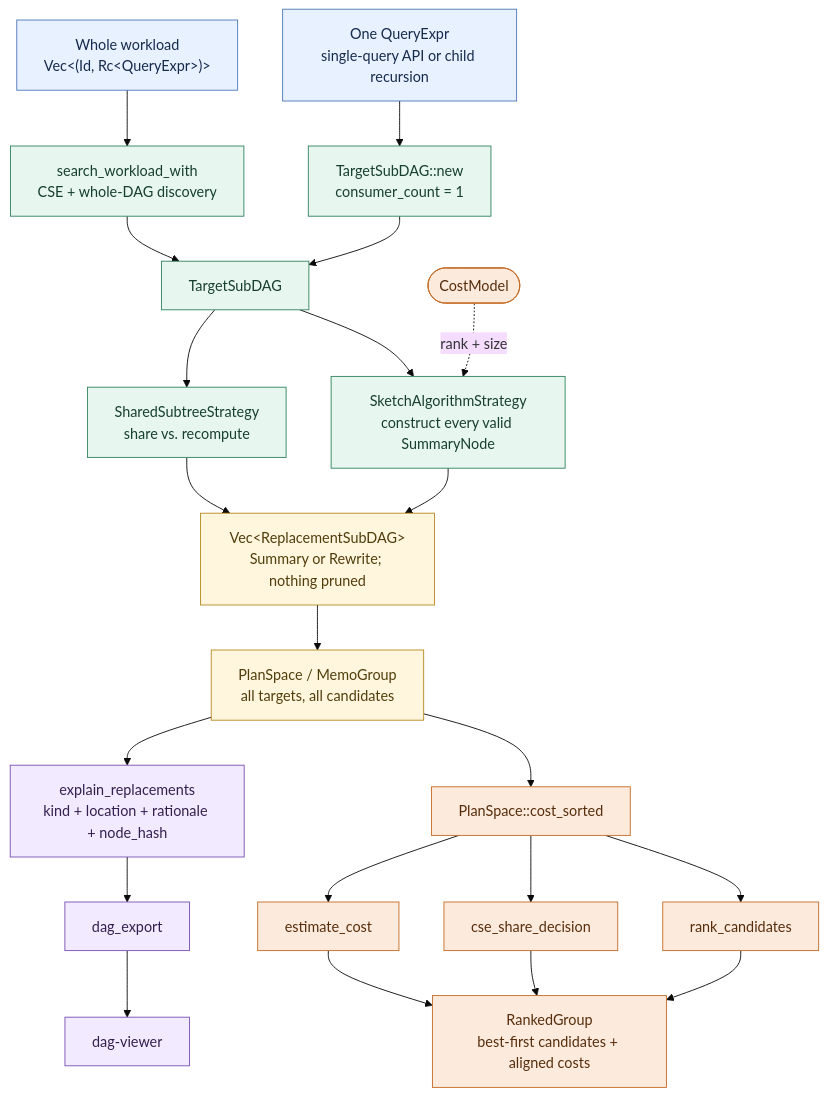
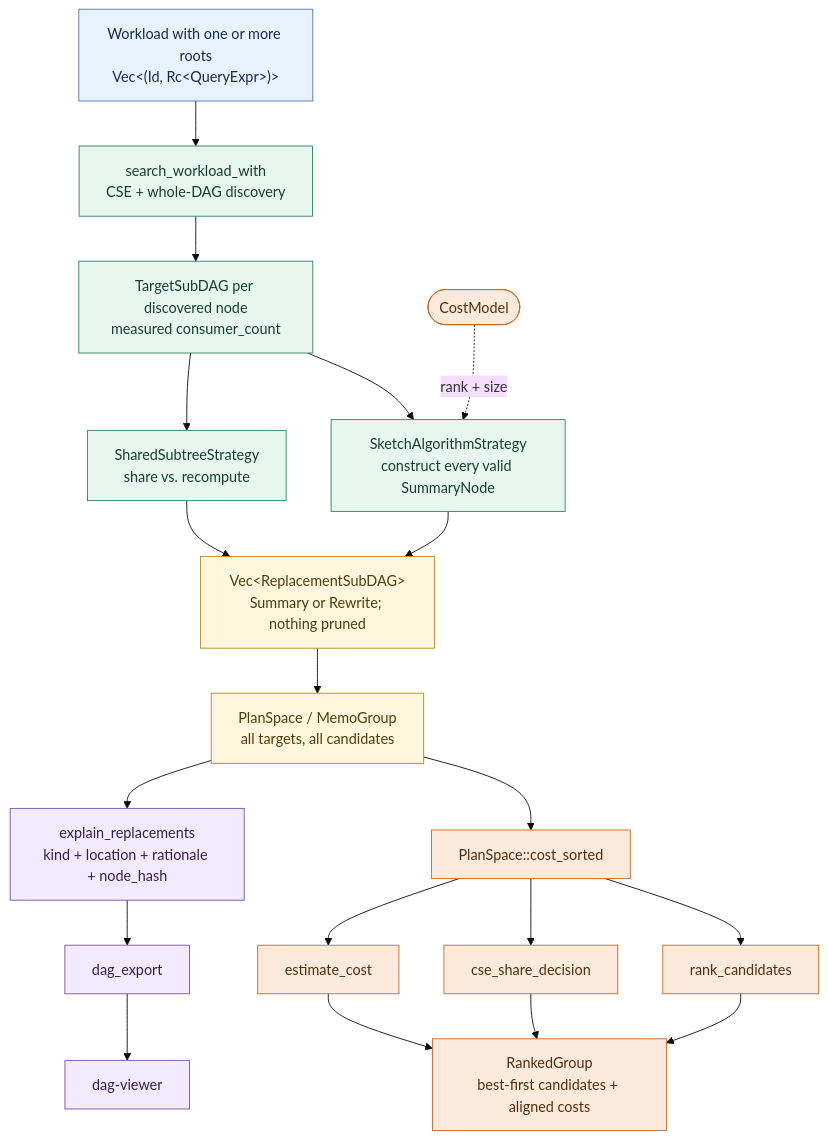
One commit to ProjectASAP/ASAPPlanner changed the first of 6 diagrams in docs/developer_docs/ASAP-aware-mapping-developer-guide.md. Above: the diagram before and after it, drawn with Mermaid (base theme). The commit also changed other lines of this file and 1 other file, not shown here.

Commit message:
docs(asap-aware-mapping): clarify TargetSubDAG discovery

````diff
--- a/docs/developer_docs/ASAP-aware-mapping-developer-guide.md
+++ b/docs/developer_docs/ASAP-aware-mapping-developer-guide.md
@@ -48,34 +48,31 @@
 ```mermaid
 flowchart TB
   classDef input fill:#e8f1ff,stroke:#4b78b8,color:#172b4d
   classDef generate fill:#e7f7ef,stroke:#31835e,color:#173f2d
   classDef store fill:#fff6dd,stroke:#b78922,color:#513d0c
   classDef choose fill:#fcebdc,stroke:#c46a25,color:#572d0c
   classDef report fill:#f2eafe,stroke:#7950b3,color:#34204f
 
-  SQ["One QueryExpr<br/>single-query API or child recursion"]:::input
-  WL["Whole workload<br/>Vec&lt;(Id, Rc&lt;QueryExpr&gt;)&gt;"]:::input
-  SQ --> NEW["TargetSubDAG::new<br/>consumer_count = 1"]:::generate
+  WL["Workload with one or more roots<br/>Vec&lt;(Id, Rc&lt;QueryExpr&gt;)&gt;"]:::input
   WL --> SEARCH["search_workload_with<br/>CSE + whole-DAG discovery"]:::generate
-  NEW --> TARGET[TargetSubDAG]:::generate
-  SEARCH --> TARGET
+  SEARCH --> TARGET["TargetSubDAG per discovered node<br/>measured consumer_count"]:::generate
 
   TARGET --> SKETCH["SketchAlgorithmStrategy<br/>construct every valid SummaryNode"]:::generate
   TARGET --> SHARED["SharedSubtreeStrategy<br/>share vs. recompute"]:::generate
   CM([CostModel]):::choose -. "rank + size" .-> SKETCH
   SKETCH --> CAND["Vec&lt;ReplacementSubDAG&gt;<br/>Summary or Rewrite; nothing pruned"]:::store
   SHARED --> CAND
   CAND --> MEMO["PlanSpace / MemoGroup<br/>all targets, all candidates"]:::store
 
   MEMO --> SORT[PlanSpace::cost_sorted]:::choose
   SORT --> RANK[rank_candidates]:::choose
   SORT --> CSE[cse_share_decision]:::choose
   SORT --> COST[estimate_cost]:::choose
   RANK --> GROUP["RankedGroup<br/>best-first candidates + aligned costs"]:::choose
   CSE --> GROUP
   COST --> GROUP
 
   MEMO --> EXPLAIN["explain_replacements<br/>kind + location + rationale + node_hash"]:::report
   EXPLAIN --> EXPORT[dag_export]:::report
   EXPORT --> VIEWER[dag-viewer]:::report
 ```
````
